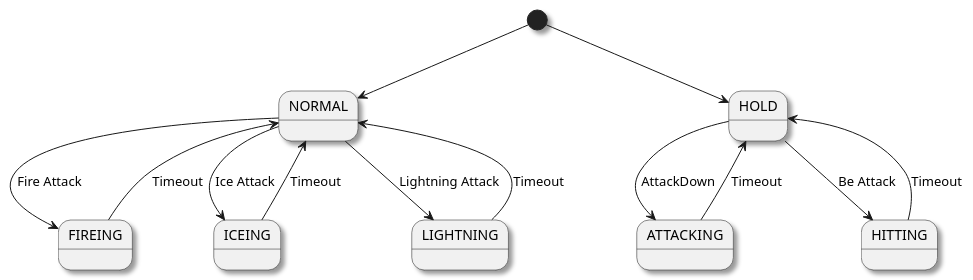
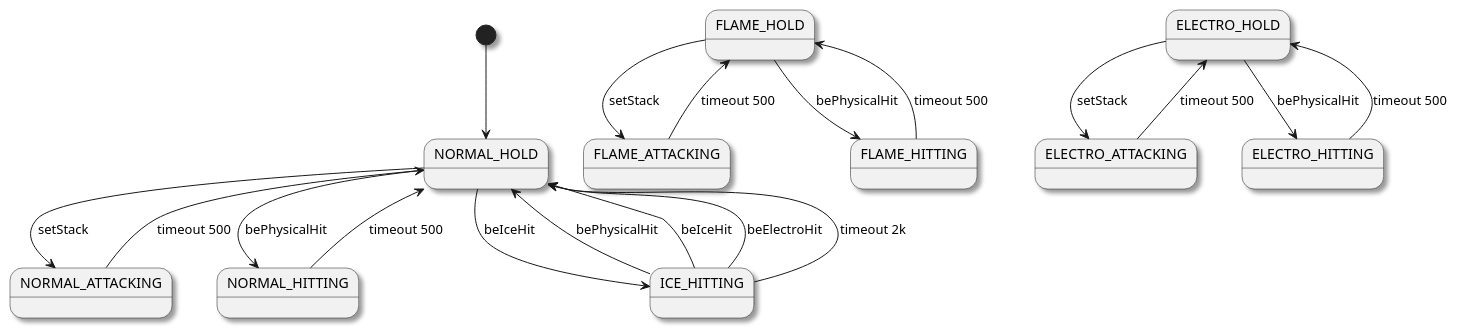
The diagram in doc/hero_state.pu (tingyunaiai9/The-Journey-of-Wizard), drawn with PlantUML before and after one commit. The commit also changed 10 other files, not shown here.

```diff
--- a/doc/hero_state.pu
+++ b/doc/hero_state.pu
@@ -1,20 +1,28 @@
 @startuml
 
 skinparam shadowing true
 
-[*] --> NORMAL
+[*] --> NORMAL_HOLD
 
-NORMAL --> FIREING : Fire Attack
-FIREING --> NORMAL : Timeout
-NORMAL --> ICEING : Ice Attack
-ICEING --> NORMAL : Timeout
-NORMAL --> LIGHTNING : Lightning Attack
-LIGHTNING --> NORMAL : Timeout
+NORMAL_HOLD --> NORMAL_ATTACKING : setStack
+NORMAL_ATTACKING --> NORMAL_HOLD : timeout 500
+NORMAL_HOLD --> NORMAL_HITTING : bePhysicalHit
+NORMAL_HITTING --> NORMAL_HOLD : timeout 500
 
-[*] --> HOLD
-HOLD --> ATTACKING : AttackDown
-ATTACKING --> HOLD : Timeout
-HOLD --> HITTING : Be Attack
-HITTING --> HOLD : Timeout
+FLAME_HOLD --> FLAME_ATTACKING : setStack
+FLAME_ATTACKING --> FLAME_HOLD : timeout 500
+FLAME_HOLD --> FLAME_HITTING : bePhysicalHit
+FLAME_HITTING --> FLAME_HOLD : timeout 500
+
+NORMAL_HOLD --> ICE_HITTING : beIceHit
+ICE_HITTING --> NORMAL_HOLD : bePhysicalHit
+ICE_HITTING --> NORMAL_HOLD : beIceHit
+ICE_HITTING --> NORMAL_HOLD : beElectroHit
+ICE_HITTING --> NORMAL_HOLD : timeout 2k
+
+ELECTRO_HOLD --> ELECTRO_ATTACKING : setStack
+ELECTRO_ATTACKING --> ELECTRO_HOLD : timeout 500
+ELECTRO_HOLD --> ELECTRO_HITTING : bePhysicalHit
+ELECTRO_HITTING --> ELECTRO_HOLD : timeout 500
 
 @enduml
```
